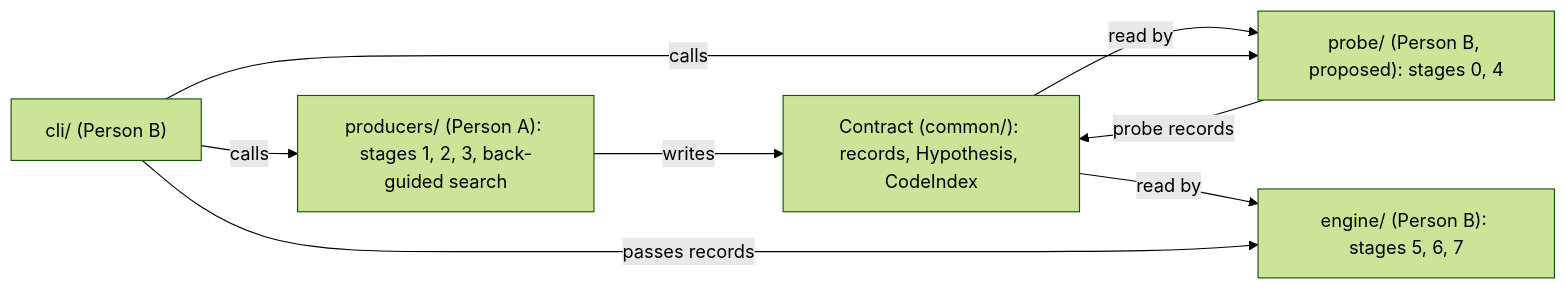
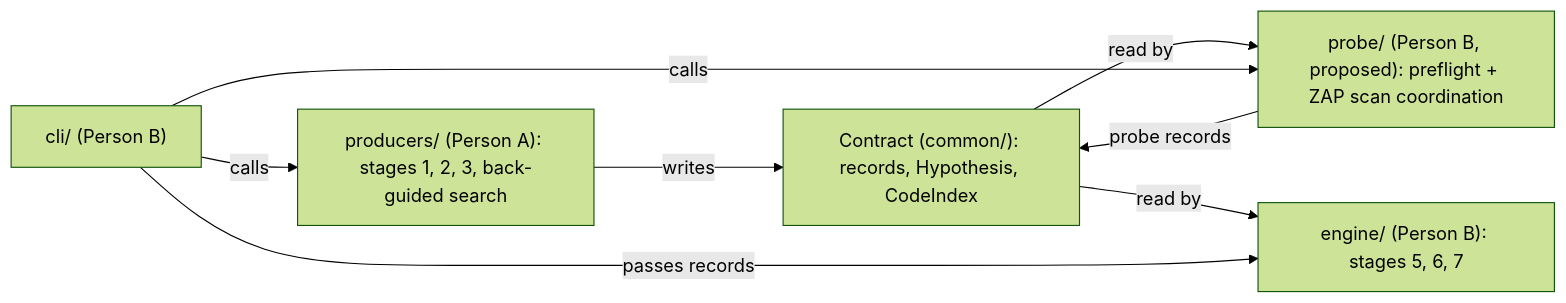
Before and after one commit to ROHITH-KUMAR-L/elenchus: the diagram in docs/repo-structure.md, drawn with Mermaid (forest theme). The commit also changed other lines of this file and 6 other files, not shown here.

First line of the commit message:
Refactor documentation to reflect ZAP as the active probe engine

````diff
--- a/docs/repo-structure.md
+++ b/docs/repo-structure.md
@@ -89,15 +89,15 @@
 ```mermaid
 flowchart LR
     stat["producers/ (Person A): stages 1, 2, 3, back-guided search"]
     contract["Contract (common/): records, Hypothesis, CodeIndex"]
-    probe["probe/ (Person B, proposed): stages 0, 4"]
+    probe["probe/ (Person B, proposed): preflight + ZAP scan coordination"]
     eng["engine/ (Person B): stages 5, 6, 7"]
     cli["cli/ (Person B)"]
     stat -- writes --> contract
     contract -- read by --> probe
     probe -- probe records --> contract
     contract -- read by --> eng
     cli -- calls --> stat
     cli -- calls --> probe
     cli -- passes records --> eng
 ```
````
